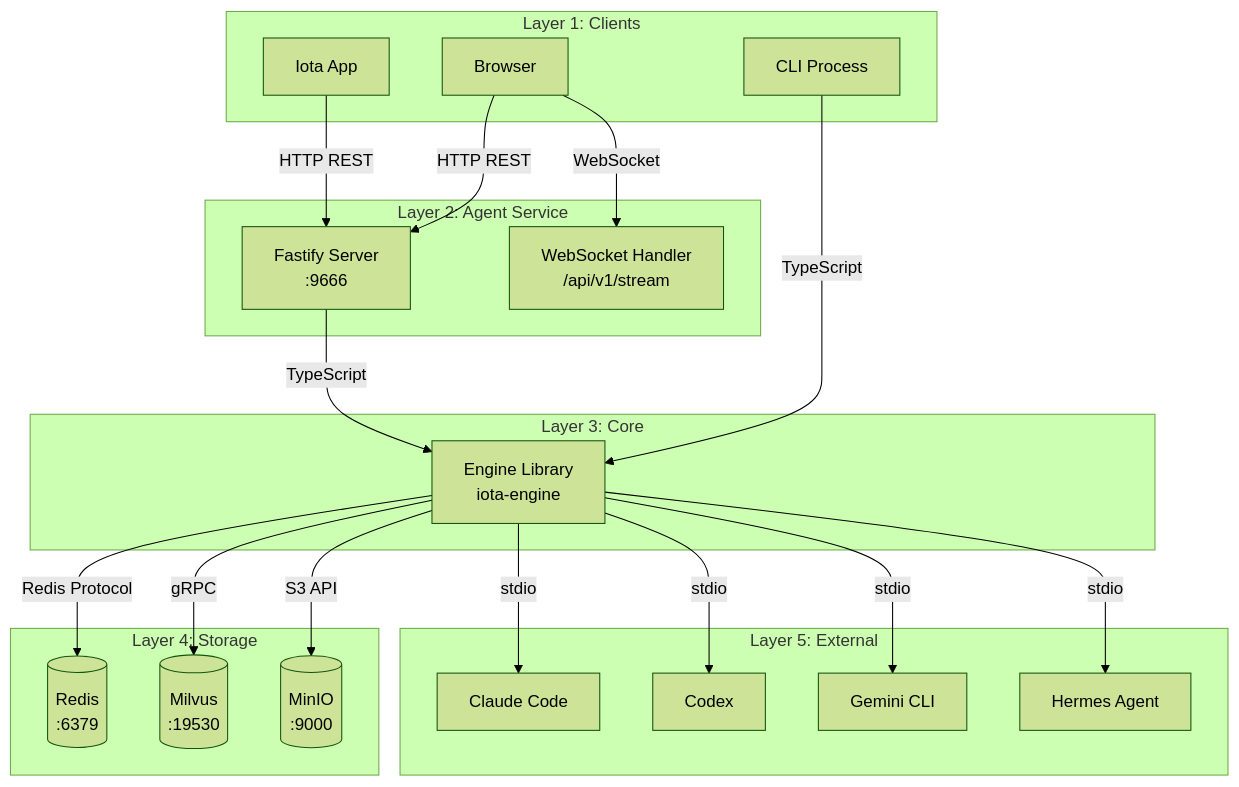
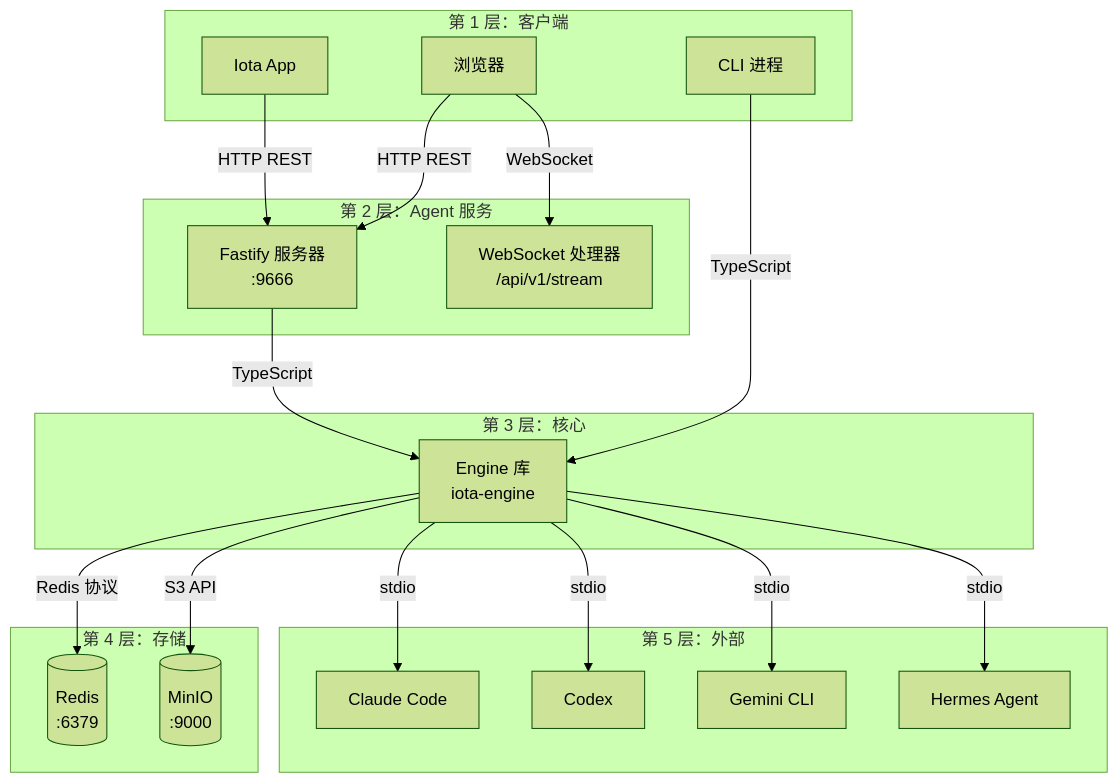
The diagram in docs/guides/03-agent-guide.md (feuyeux/iota), drawn with Mermaid (forest theme) before and after one commit. The commit also changed other lines of this file and 66 other files, not shown here.

````diff
--- a/docs/guides/03-agent-guide.md
+++ b/docs/guides/03-agent-guide.md
@@ -48,43 +48,41 @@
 ```mermaid
 graph TB
-    subgraph "Layer 1: Clients"
-        Browser[Browser]
-        CLI[CLI Process]
+    subgraph "第 1 层：客户端"
+        Browser[浏览器]
+        CLI[CLI 进程]
         App[Iota App]
     end
 
-    subgraph "Layer 2: Agent Service"
-        Agent[Fastify Server<br/>:9666]
-        WebSocket[WebSocket Handler<br/>/api/v1/stream]
+    subgraph "第 2 层：Agent 服务"
+        Agent[Fastify 服务器<br/>:9666]
+        WebSocket[WebSocket 处理器<br/>/api/v1/stream]
     end
 
-    subgraph "Layer 3: Core"
-        Engine[Engine Library<br/>iota-engine]
+    subgraph "第 3 层：核心"
+        Engine[Engine 库<br/>iota-engine]
     end
 
-    subgraph "Layer 4: Storage"
+    subgraph "第 4 层：存储"
         Redis[(Redis<br/>:6379)]
-        Milvus[(Milvus<br/>:19530)] 
         MinIO[(MinIO<br/>:9000)]
     end
 
-    subgraph "Layer 5: External"
+    subgraph "第 5 层：外部"
         Claude[Claude Code]
         Codex[Codex]
         Gemini[Gemini CLI]
         Hermes[Hermes Agent]
     end
 
     Browser -->|HTTP REST| Agent
     Browser -->|WebSocket| WebSocket
     App -->|HTTP REST| Agent
     CLI -->|TypeScript| Engine
     Agent -->|TypeScript| Engine
-    Engine -->|Redis Protocol| Redis
-    Engine -->|gRPC| Milvus
+    Engine -->|Redis 协议| Redis
     Engine -->|S3 API| MinIO
     Engine -->|stdio| Claude
     Engine -->|stdio| Codex
     Engine -->|stdio| Gemini
     Engine -->|stdio| Hermes
 ```
````
